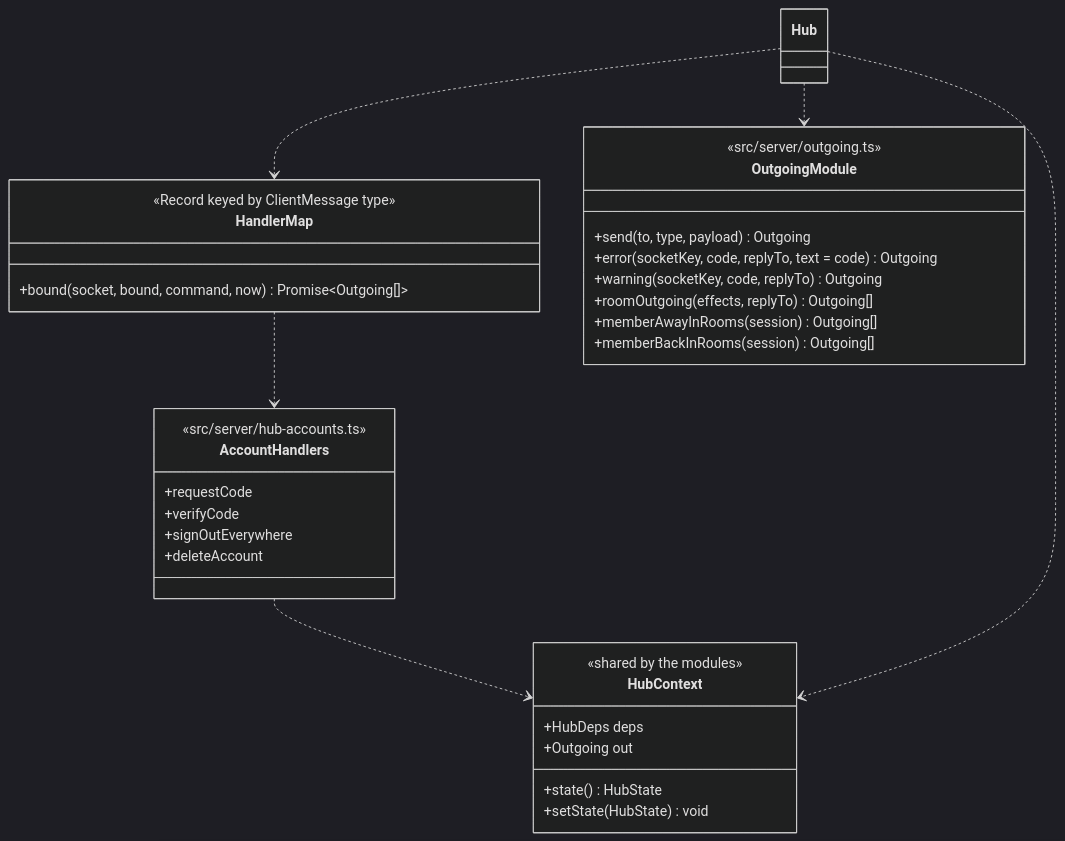
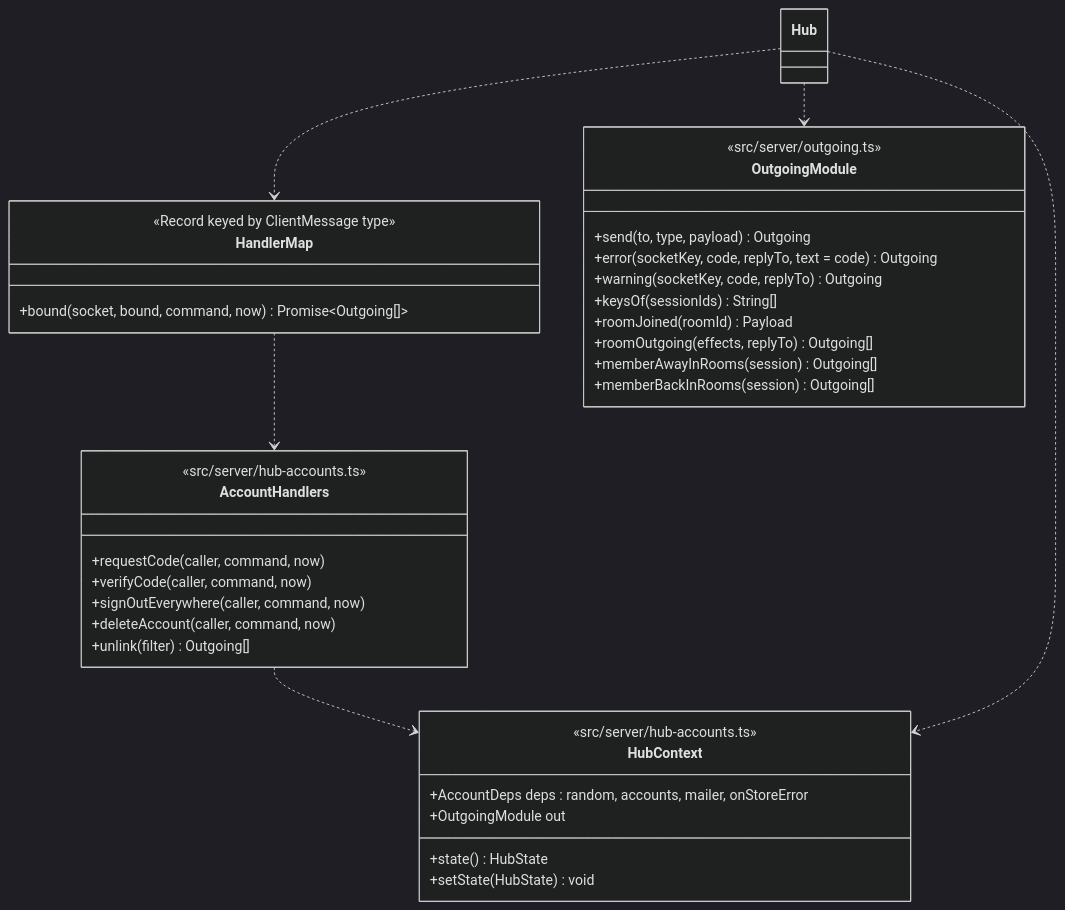
Before and after one commit to benoit-bremaud/asv: the second of 2 diagrams in docs/architecture/diagrams/platform/04c-class-server-hub.md, drawn with Mermaid (dark theme). The commit also changed other lines of this file and 5 other files, not shown here.

First line of the commit message:
refactor(server): one handler per account command, narrow account deps

````diff
--- a/docs/architecture/diagrams/platform/04c-class-server-hub.md
+++ b/docs/architecture/diagrams/platform/04c-class-server-hub.md
@@ -98,35 +101,38 @@
 ```mermaid
 classDiagram
   class HubContext {
-    <<shared by the modules>>
-    +HubDeps deps
+    <<src/server/hub-accounts.ts>>
+    +AccountDeps deps : random, accounts, mailer, onStoreError
+    +OutgoingModule out
     +state() HubState
     +setState(HubState) void
-    +Outgoing out
   }
   class HandlerMap {
     <<Record keyed by ClientMessage type>>
     +bound(socket, bound, command, now) Promise~Outgoing[]~
   }
   class OutgoingModule {
     <<src/server/outgoing.ts>>
     +send(to, type, payload) Outgoing
     +error(socketKey, code, replyTo, text = code) Outgoing
     +warning(socketKey, code, replyTo) Outgoing
+    +keysOf(sessionIds) String[]
+    +roomJoined(roomId) Payload
     +roomOutgoing(effects, replyTo) Outgoing[]
     +memberAwayInRooms(session) Outgoing[]
     +memberBackInRooms(session) Outgoing[]
   }
   class AccountHandlers {
     <<src/server/hub-accounts.ts>>
-    +requestCode
-    +verifyCode
-    +signOutEverywhere
-    +deleteAccount
+    +requestCode(caller, command, now)
+    +verifyCode(caller, command, now)
+    +signOutEverywhere(caller, command, now)
+    +deleteAccount(caller, command, now)
+    +unlink(filter) Outgoing[]
   }
   Hub ..> HandlerMap
   HandlerMap ..> AccountHandlers
   Hub ..> OutgoingModule
   AccountHandlers ..> HubContext
   Hub ..> HubContext
 ```
````
